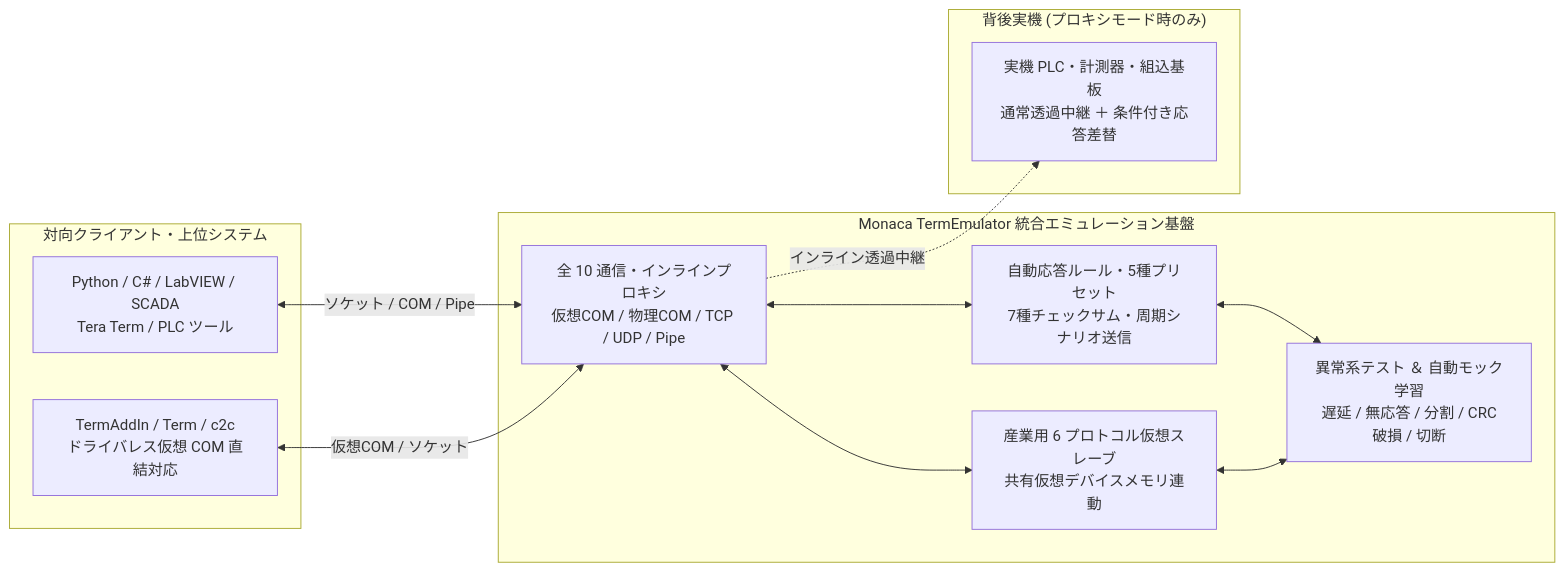
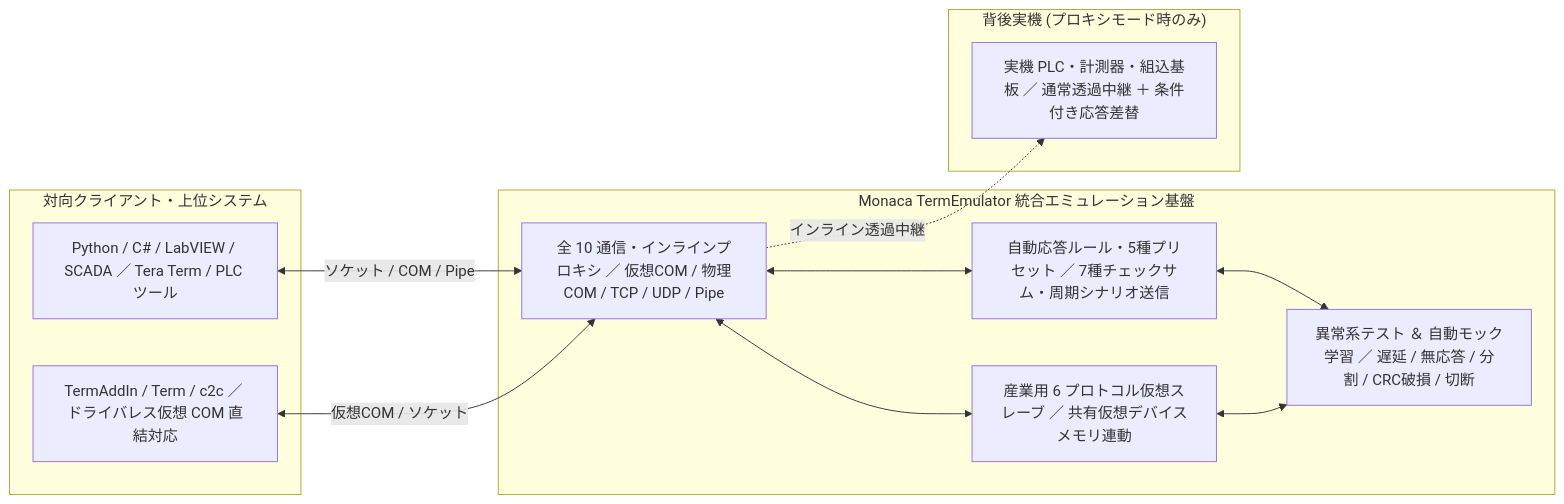
The diagram in README.md (Monaca-App/TermEmulator), drawn with Mermaid before and after one commit. The commit also changed other lines of this file and 17 other files, not shown here.

````diff
--- a/README.md
+++ b/README.md
@@ -29,26 +29,26 @@
 ```mermaid
 flowchart LR
     subgraph Clients ["対向クライアント・上位システム"]
-        ExtTools["Python / C# / LabVIEW / SCADA<br/>Tera Term / PLC ツール"]
-        TermSuite["TermAddIn / Term / c2c<br/>ドライバレス仮想 COM 直結対応"]
+        ExtTools["Python / C# / LabVIEW / SCADA ／ Tera Term / PLC ツール"]
+        TermSuite["TermAddIn / Term / c2c ／ ドライバレス仮想 COM 直結対応"]
     end
 
     subgraph EmuCore ["Monaca TermEmulator 統合エミュレーション基盤"]
-        Trans["全 10 通信・インラインプロキシ<br/>仮想COM / 物理COM / TCP / UDP / Pipe"]
-        Engine["自動応答ルール・5種プリセット<br/>7種チェックサム・周期シナリオ送信"]
-        Slaves["産業用 6 プロトコル仮想スレーブ<br/>共有仮想デバイスメモリ連動"]
-        Chaos["異常系テスト ＆ 自動モック学習<br/>遅延 / 無応答 / 分割 / CRC破損 / 切断"]
+        Trans["全 10 通信・インラインプロキシ ／ 仮想COM / 物理COM / TCP / UDP / Pipe"]
+        Engine["自動応答ルール・5種プリセット ／ 7種チェックサム・周期シナリオ送信"]
+        Slaves["産業用 6 プロトコル仮想スレーブ ／ 共有仮想デバイスメモリ連動"]
+        Chaos["異常系テスト ＆ 自動モック学習 ／ 遅延 / 無応答 / 分割 / CRC破損 / 切断"]
     end
 
     subgraph RealDevices ["背後実機 (プロキシモード時のみ)"]
-        RealPlc["実機 PLC・計測器・組込基板<br/>通常透過中継 ＋ 条件付き応答差替"]
+        RealPlc["実機 PLC・計測器・組込基板 ／ 通常透過中継 ＋ 条件付き応答差替"]
     end
 
     ExtTools <-->|ソケット / COM / Pipe| Trans
     TermSuite <-->|仮想COM / ソケット| Trans
     Trans <--> Engine
     Trans <--> Slaves
     Engine <--> Chaos
     Slaves <--> Chaos
     Trans -.->|インライン透過中継| RealPlc
 ```
````
